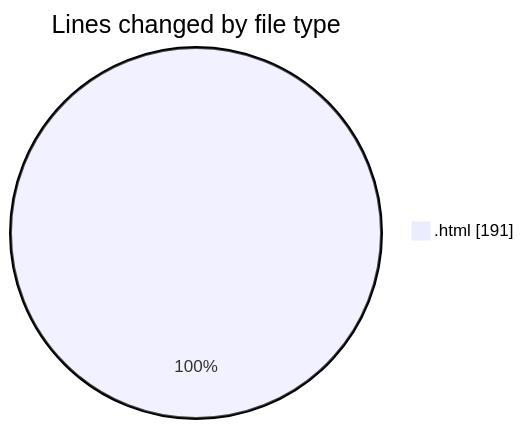
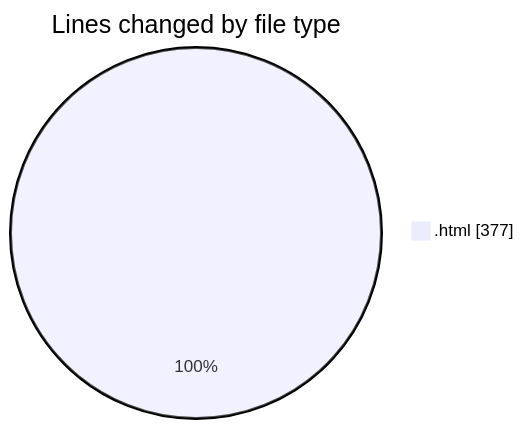
One commit to Ritupan-Deka/code-tracking changed the first of 2 diagrams in 2025-02-15/0starter_files/README.md. Above: the diagram before and after it, drawn with Mermaid. The commit also changed other lines of this file and 1 other file, not shown here.

````diff
--- a/2025-02-15/0starter_files/README.md
+++ b/2025-02-15/0starter_files/README.md
@@ -20,5 +20,5 @@
 ```mermaid
 pie showData
 title Lines changed by file type
-".html" : 191
+".html" : 377
 ```
````
